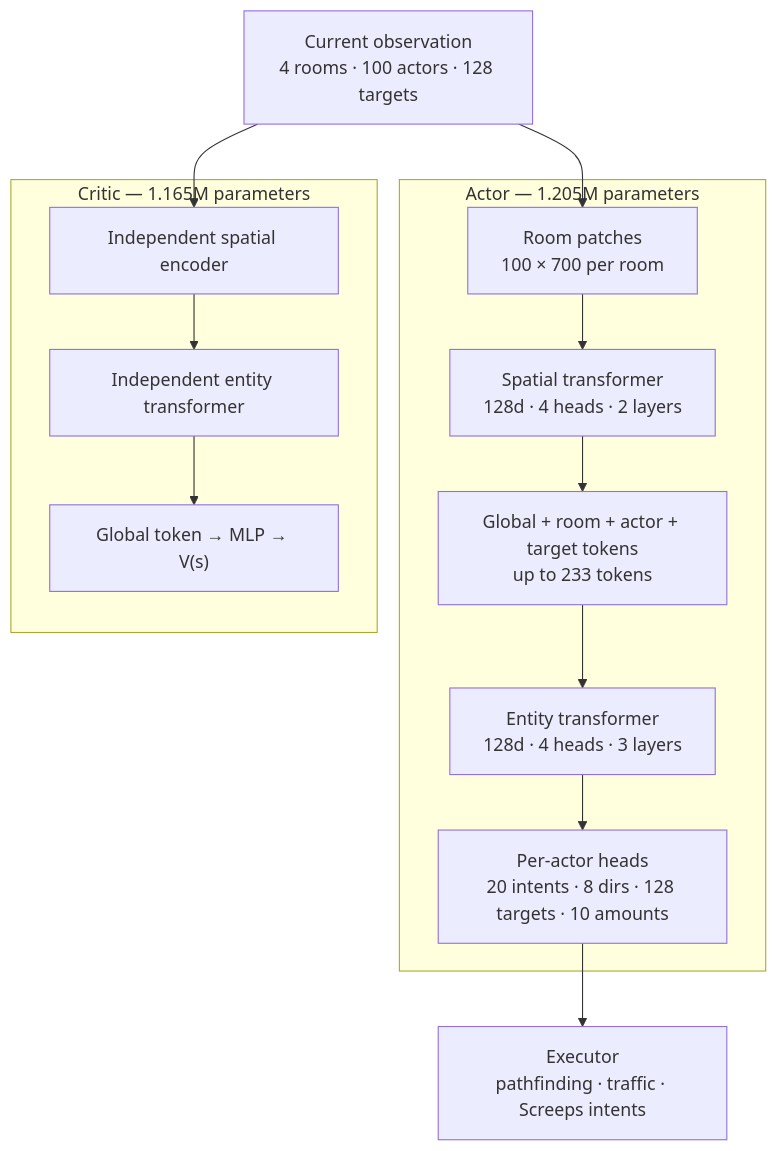
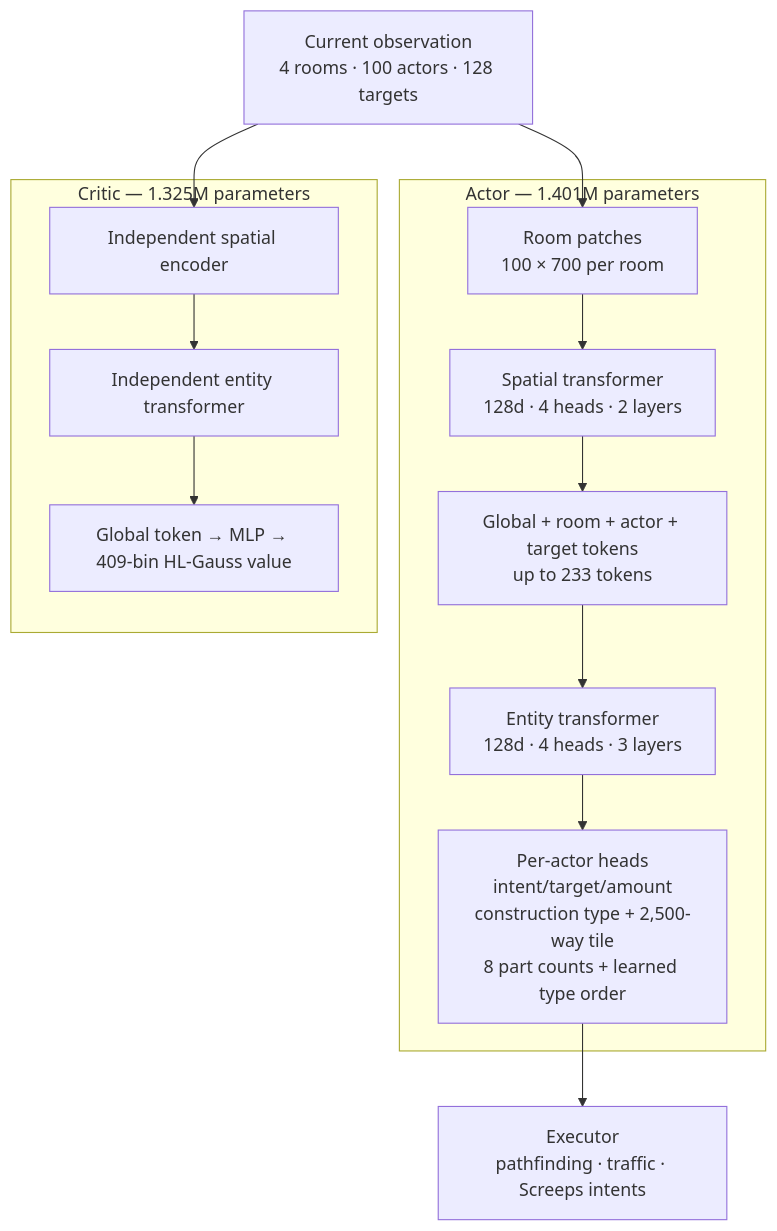
Before and after one commit to CarsonBurke/xxscreeps: the diagram in samples/rl/README.md, drawn with Mermaid. The commit also changed other lines of this file and 28 other files, not shown here.

````diff
--- a/samples/rl/README.md
+++ b/samples/rl/README.md
@@ -47,25 +57,25 @@
 ```mermaid
 flowchart TB
     O["Current observation<br/>4 rooms · 100 actors · 128 targets"]
 
-    subgraph A["Actor — 1.205M parameters"]
+    subgraph A["Actor — 1.401M parameters"]
         A1["Room patches<br/>100 × 700 per room"]
         A2["Spatial transformer<br/>128d · 4 heads · 2 layers"]
         A3["Global + room + actor + target tokens<br/>up to 233 tokens"]
         A4["Entity transformer<br/>128d · 4 heads · 3 layers"]
-        A5["Per-actor heads<br/>20 intents · 8 dirs · 128 targets · 10 amounts"]
+        A5["Per-actor heads<br/>intent/target/amount<br/>construction type + 2,500-way tile<br/>8 part counts + learned type order"]
         A1 --> A2 --> A3 --> A4 --> A5
     end
 
-    subgraph C["Critic — 1.165M parameters"]
+    subgraph C["Critic — 1.325M parameters"]
         C1["Independent spatial encoder"]
         C2["Independent entity transformer"]
-        C3["Global token → MLP → V(s)"]
+        C3["Global token → MLP → 409-bin HL-Gauss value"]
         C1 --> C2 --> C3
     end
 
     E["Executor<br/>pathfinding · traffic · Screeps intents"]
     O --> A1
     O --> C1
     A5 --> E
 ```
````
